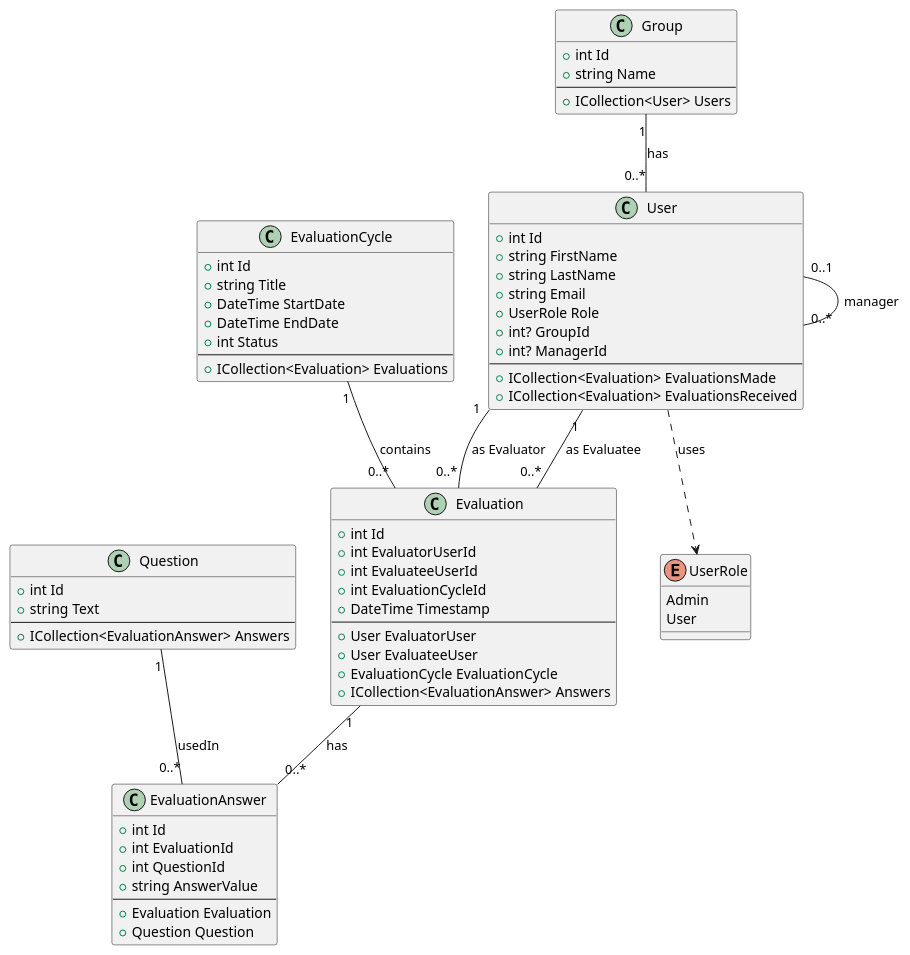
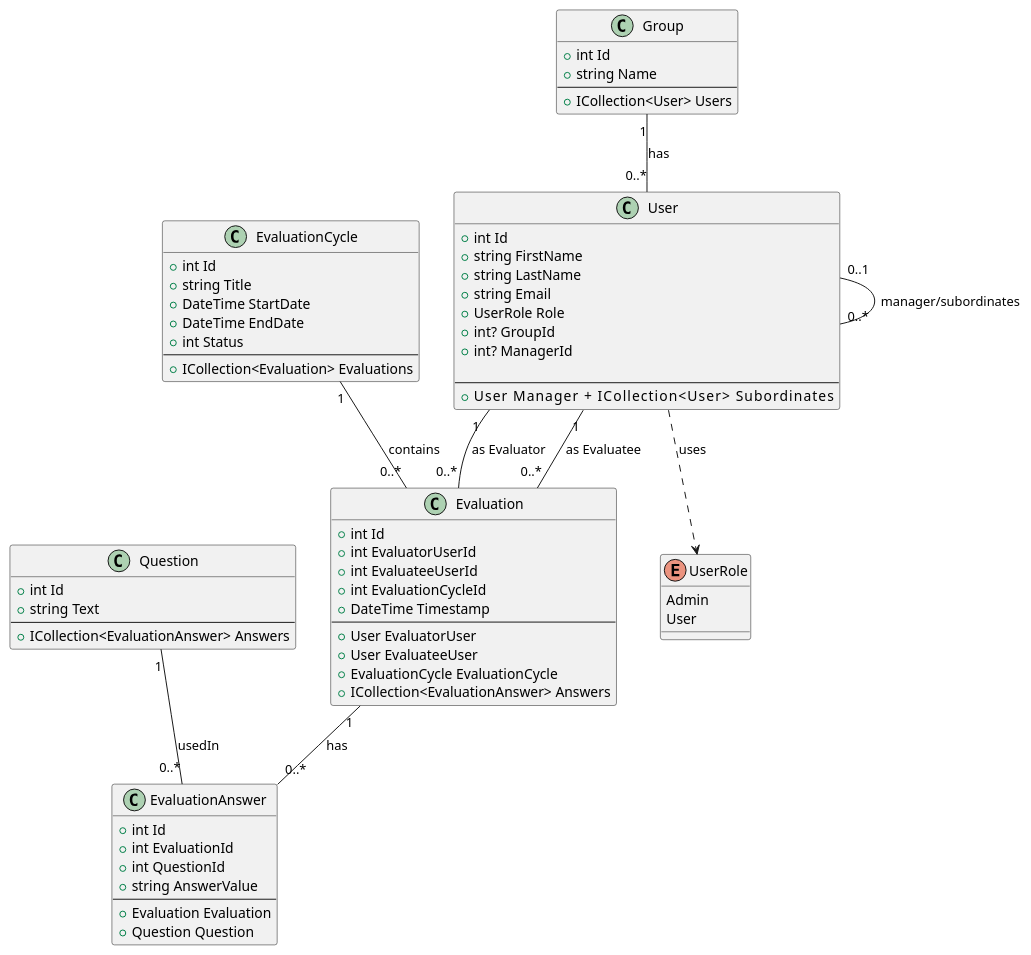
The diagram in DiagramsAndDocumentation/ClassDiagramPlantUML.puml (KostasBar/PeerEvalApp), drawn with PlantUML before and after one commit. The commit also changed 28 other files, not shown here.

Commit message:
Data Classes and Diagram Improved

```diff
--- a/DiagramsAndDocumentation/ClassDiagramPlantUML.puml
+++ b/DiagramsAndDocumentation/ClassDiagramPlantUML.puml
@@ -1,100 +1,99 @@
 @startuml
 '===========================================================
 ' Ορισμός Enum κλάσης για ρόλους
 '===========================================================
 enum UserRole {
   Admin
   User
 }
 
 '===========================================================
 ' Κλάσεις
 '===========================================================
 class User {
   + int Id
   + string FirstName
   + string LastName
   + string Email
   + UserRole Role
   + int? GroupId
   + int? ManagerId
+
   --
-  + ICollection<Evaluation> EvaluationsMade  
-  + ICollection<Evaluation> EvaluationsReceived
+  + User Manager              + ICollection<User> Subordinates
 }
-
 class Group {
   + int Id
   + string Name
   --
   + ICollection<User> Users
 }
 
 class EvaluationCycle {
   + int Id
   + string Title
   + DateTime StartDate
   + DateTime EndDate
   + int Status
   --
   + ICollection<Evaluation> Evaluations
 }
 
 class Question {
   + int Id
   + string Text
   --
   + ICollection<EvaluationAnswer> Answers
 }
 
 class Evaluation {
   + int Id
   + int EvaluatorUserId
   + int EvaluateeUserId
   + int EvaluationCycleId
   + DateTime Timestamp
   --
   + User EvaluatorUser
   + User EvaluateeUser
   + EvaluationCycle EvaluationCycle
   + ICollection<EvaluationAnswer> Answers
 }
 
 class EvaluationAnswer {
   + int Id
   + int EvaluationId
   + int QuestionId
   + string AnswerValue
   --
   + Evaluation Evaluation
   + Question Question
 }
 
 '===========================================================
 ' Συσχετίσεις (Relationships)
 '===========================================================
 
 ' Ένας User χρησιμοποιεί UserRole
 User ..> UserRole : uses
 
 ' Ένα Group έχει πολλούς Users
 Group "1" -- "0..*" User : has
 
 ' Συσχέτιση manager μεταξύ χρηστών:
 ' Ένας User μπορεί να έχει 0 ή 1 Manager (ο οποίος είναι επίσης User)
-User "0..1" -- "0..*" User : manager
+User "0..1" -- "0..*" User : manager/subordinates
 
 ' Ένας User μπορεί να κάνει πολλές Evaluations (ως Evaluator)
 ' και να δεχτεί πολλές Evaluations (ως Evaluatee)
 User "1" -- "0..*" Evaluation : as Evaluator
 User "1" -- "0..*" Evaluation : as Evaluatee
 
 ' Ένας EvaluationCycle περιέχει πολλές Evaluations
 EvaluationCycle "1" -- "0..*" Evaluation : contains
 
 ' Κάθε Evaluation συνδέεται με πολλά EvaluationAnswer
 Evaluation "1" -- "0..*" EvaluationAnswer : has
 
 ' Μία Question μπορεί να είναι μέρος πολλών EvaluationAnswer
 Question "1" -- "0..*" EvaluationAnswer : usedIn
 @enduml
```
